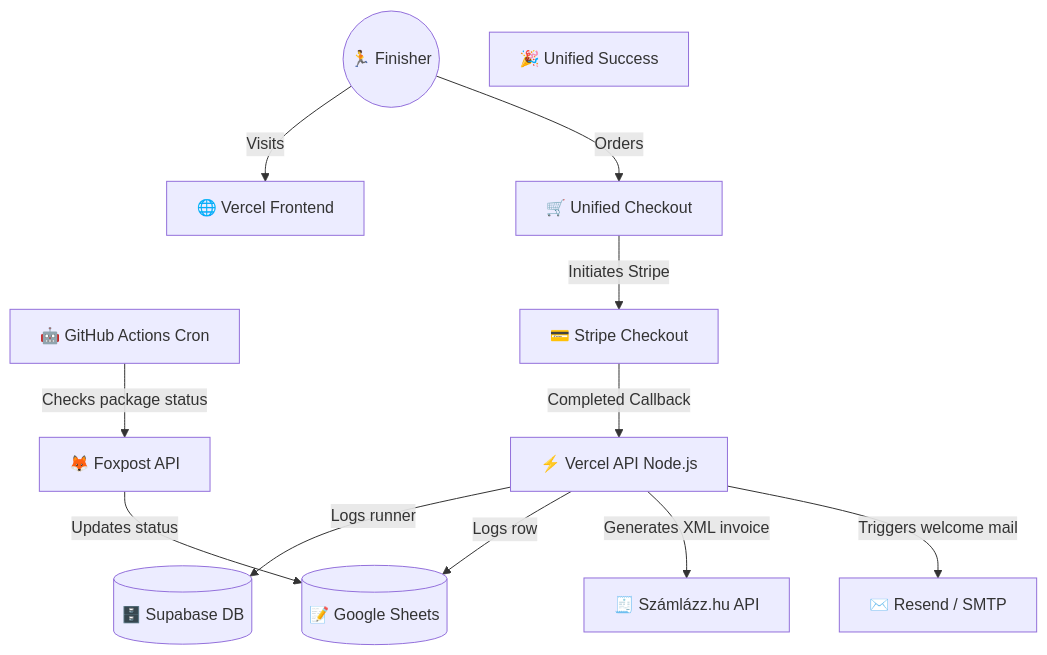
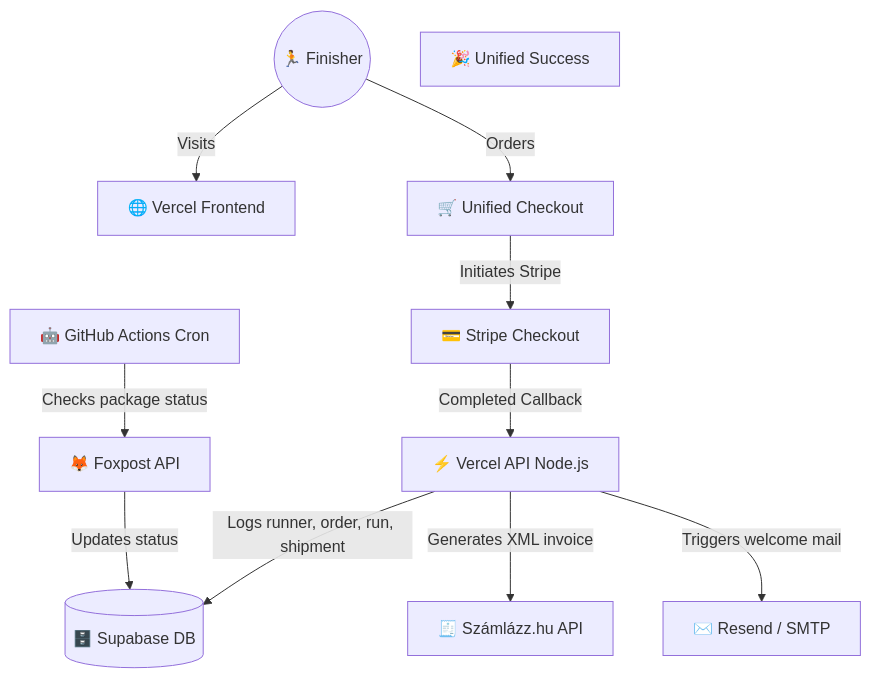
Before and after one commit to Admex666/other_projects: the diagram in VitaSteps/memory/ARCHITECTURE.md, drawn with Mermaid. The commit also changed other lines of this file and 7 other files, not shown here.

Commit message:
chore: add project documentation and migration blueprints, and finalize the Supabase-based payment and fulfillment architecture.

````diff
--- a/VitaSteps/memory/ARCHITECTURE.md
+++ b/VitaSteps/memory/ARCHITECTURE.md
@@ -9,25 +9,23 @@
 ```mermaid
 graph TD
     User((🏃 Finisher))
     Landing[🌐 Vercel Frontend]
     Checkout[🛒 Unified Checkout]
     Success[🎉 Unified Success]
     API[⚡ Vercel API Node.js]
     DB[(🗄️ Supabase DB)]
-    Sheets[(📝 Google Sheets)]
     Szamla[🧾 Számlázz.hu API]
     Mail[✉️ Resend / SMTP]
     Cron[🤖 GitHub Actions Cron]
     Foxpost[🦊 Foxpost API]
 
     User -->|Visits| Landing
     User -->|Orders| Checkout
     Checkout -->|Initiates Stripe| Stripe[💳 Stripe Checkout]
     Stripe -->|Completed Callback| API
-    API -->|Logs runner| DB
-    API -->|Logs row| Sheets
+    API -->|Logs runner, order, run, shipment| DB
     API -->|Generates XML invoice| Szamla
     API -->|Triggers welcome mail| Mail
     Cron -->|Checks package status| Foxpost
-    Foxpost -->|Updates status| Sheets
+    Foxpost -->|Updates status| DB
 ```
````
